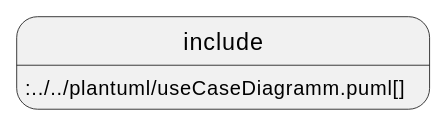
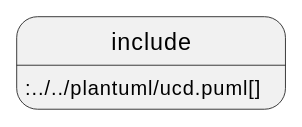
The second of 2 diagrams in asciidocs/project-files/projektauftrag/index.adoc (2122-3bhitm-itp/02-project-uno), drawn with PlantUML before and after one commit. The commit also changed other lines of this file and 4 other files, not shown here.

Commit message:
fix diagramm names and styles

```diff
--- a/asciidocs/project-files/projektauftrag/index.adoc
+++ b/asciidocs/project-files/projektauftrag/index.adoc
@@ -127,4 +127,4 @@
 [plantuml, usecase-diagramm]
 ----
-include::../../plantuml/useCaseDiagramm.puml[]
+include::../../plantuml/ucd.puml[]
 ----
```
